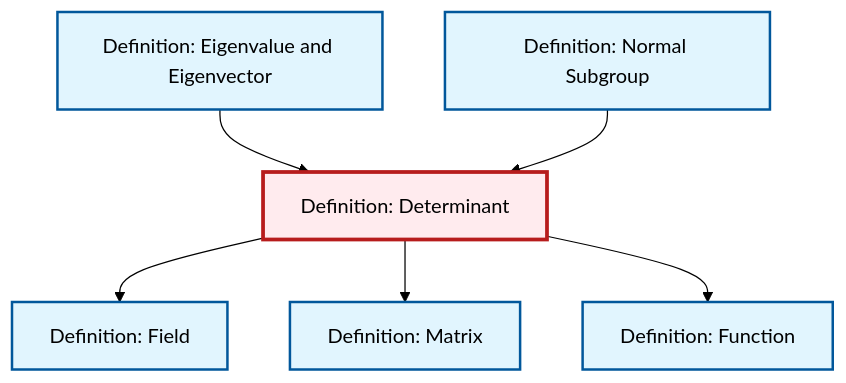
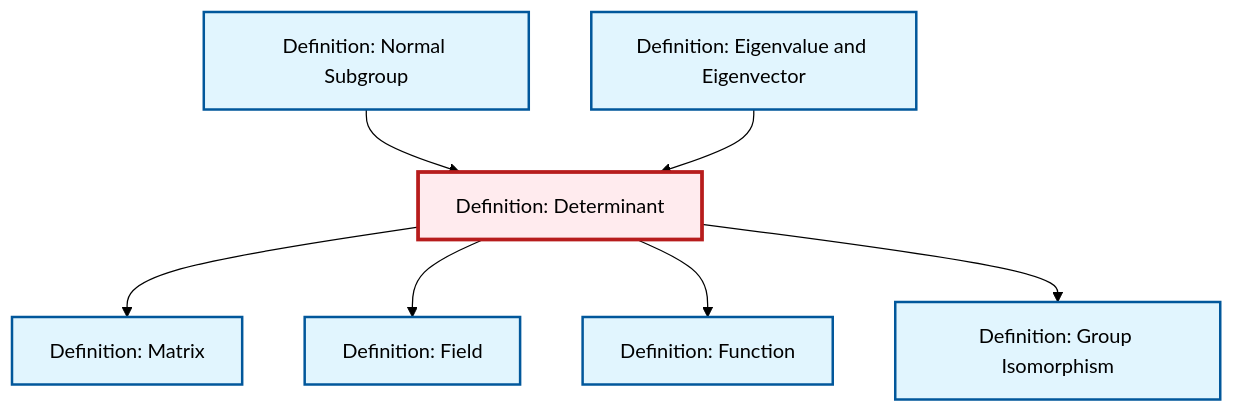
The diagram in content/ja/algebra/def-determinant.qmd (RK0429/ModernMath), drawn with Mermaid (forest theme) before and after one commit. The commit also changed other lines of this file and 581 other files, not shown here.

````diff
--- a/content/ja/algebra/def-determinant.qmd
+++ b/content/ja/algebra/def-determinant.qmd
@@ -81,26 +82,29 @@
 ```{mermaid}
 %%| fig-cap: "Local dependency graph"
 graph TD
     classDef definition fill:#e1f5fe,stroke:#01579b,stroke-width:2px
     classDef theorem fill:#f3e5f5,stroke:#4a148c,stroke-width:2px
     classDef axiom fill:#fff3e0,stroke:#e65100,stroke-width:2px
     classDef example fill:#e8f5e9,stroke:#1b5e20,stroke-width:2px
     classDef current fill:#ffebee,stroke:#b71c1c,stroke-width:3px
-    def-field["Definition: Field"]:::definition
     def-matrix["Definition: Matrix"]:::definition
     def-function["Definition: Function"]:::definition
-    def-normal-subgroup["Definition: Normal Subgroup"]:::definition
     def-determinant["Definition: Determinant"]:::definition
     def-eigenvalue-eigenvector["Definition: Eigenvalue and Eigenvector"]:::definition
+    def-isomorphism["Definition: Group Isomorphism"]:::definition
+    def-normal-subgroup["Definition: Normal Subgroup"]:::definition
+    def-field["Definition: Field"]:::definition
+    def-normal-subgroup --> def-determinant
+    def-determinant --> def-matrix
     def-determinant --> def-field
+    def-determinant --> def-function
     def-eigenvalue-eigenvector --> def-determinant
-    def-determinant --> def-matrix
-    def-determinant --> def-function
-    def-normal-subgroup --> def-determinant
+    def-determinant --> def-isomorphism
     class def-determinant current
-    click def-field "def-field.html" "Definition: Fieldへ"
     click def-matrix "def-matrix.html" "Definition: Matrixへ"
     click def-function "def-function.html" "Definition: Functionへ"
+    click def-eigenvalue-eigenvector "def-eigenvalue-eigenvector.html" "Definition: Eigenvalue and Eigenvectorへ"
+    click def-isomorphism "def-isomorphism.html" "Definition: Group Isomorphismへ"
     click def-normal-subgroup "def-normal-subgroup.html" "Definition: Normal Subgroupへ"
-    click def-eigenvalue-eigenvector "def-eigenvalue-eigenvector.html" "Definition: Eigenvalue and Eigenvectorへ"
+    click def-field "def-field.html" "Definition: Fieldへ"
 ```
````
